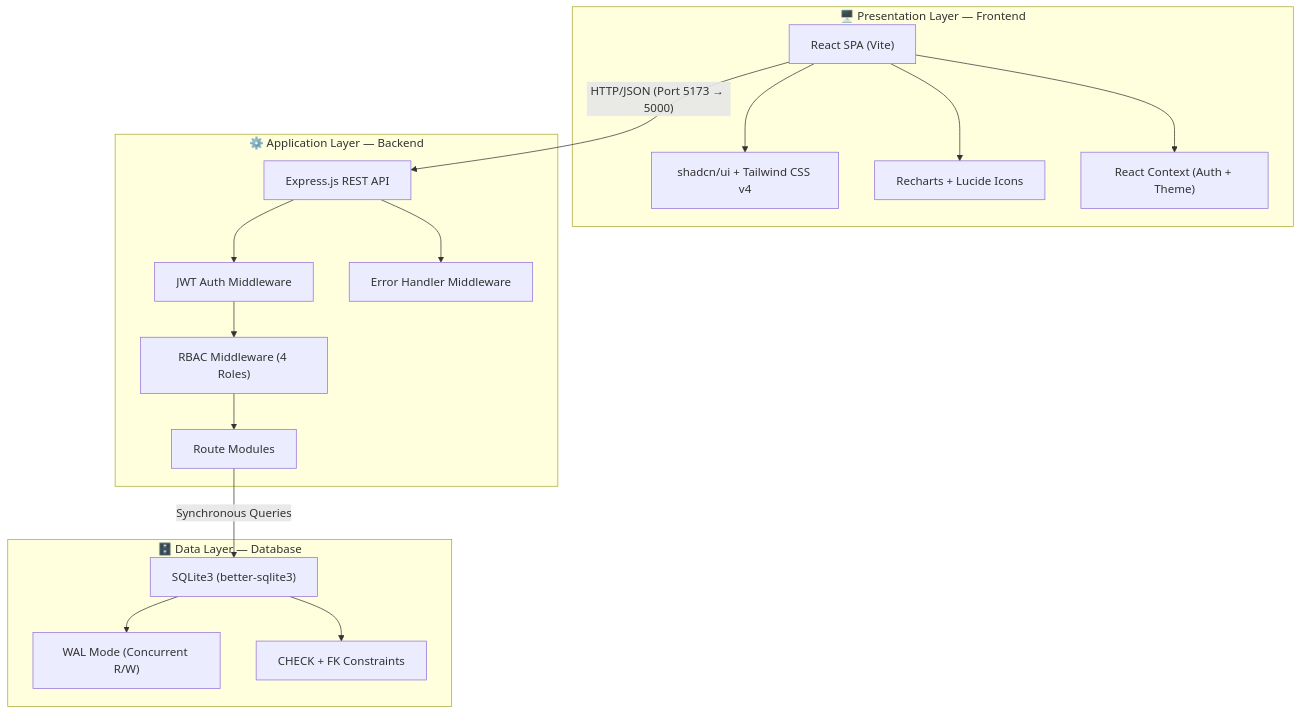
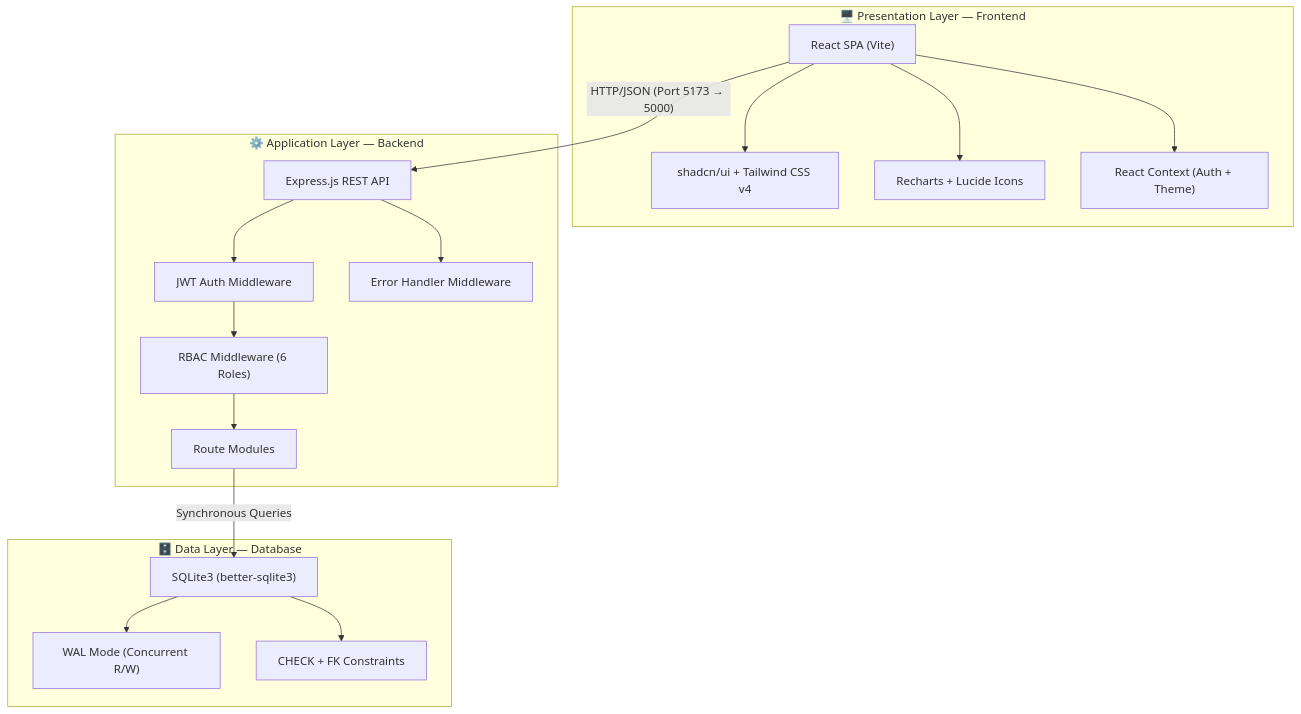
Before and after one commit to Guneshbari/FleetFlow-Modular-Fleet-Logistics-Management-System: the first of 5 diagrams in README.md, drawn with Mermaid. The commit also changed other lines of this file and 25 other files, not shown here.

````diff
--- a/README.md
+++ b/README.md
@@ -74,33 +85,33 @@
 ```mermaid
 graph TB
     subgraph Presentation["🖥️ Presentation Layer — Frontend"]
         SPA["React SPA (Vite)"]
         UI["shadcn/ui + Tailwind CSS v4"]
         Charts["Recharts + Lucide Icons"]
         Context["React Context (Auth + Theme)"]
         SPA --> UI
         SPA --> Charts
         SPA --> Context
     end
 
     subgraph Application["⚙️ Application Layer — Backend"]
         API["Express.js REST API"]
         Auth["JWT Auth Middleware"]
-        RBAC["RBAC Middleware (4 Roles)"]
+        RBAC["RBAC Middleware (6 Roles)"]
         Routes["Route Modules"]
         ErrHandler["Error Handler Middleware"]
         API --> Auth --> RBAC --> Routes
         API --> ErrHandler
     end
 
     subgraph Data["🗄️ Data Layer — Database"]
         SQLite["SQLite3 (better-sqlite3)"]
         WAL["WAL Mode (Concurrent R/W)"]
         Constraints["CHECK + FK Constraints"]
         SQLite --> WAL
         SQLite --> Constraints
     end
 
     SPA -- "HTTP/JSON (Port 5173 → 5000)" --> API
     Routes -- "Synchronous Queries" --> SQLite
 ```
````
